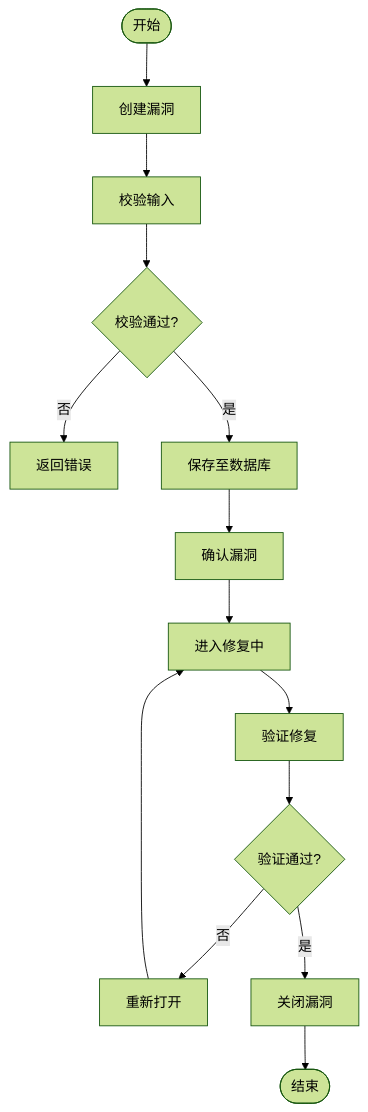
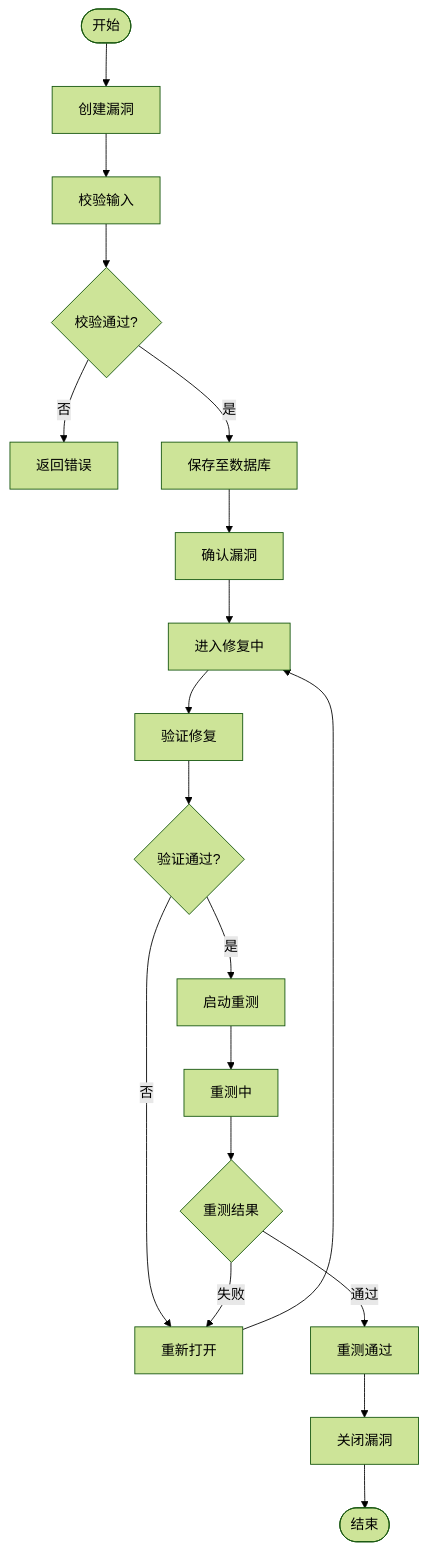
The fourth of 10 diagrams in .qoder/repowiki/zh/content/业务服务层/漏洞管理服务.md (vu1Art1st/talos), drawn with Mermaid (forest theme) before and after one commit. The commit also changed other lines of this file and 129 other files, not shown here.

````diff
--- a/.qoder/repowiki/zh/content/业务服务层/漏洞管理服务.md
+++ b/.qoder/repowiki/zh/content/业务服务层/漏洞管理服务.md
@@ -254,16 +275,21 @@
 ```mermaid
 flowchart TD
 Start(["开始"]) --> Create["创建漏洞"]
 Create --> Validate["校验输入"]
 Validate --> Valid{"校验通过?"}
 Valid --> |否| ReturnError["返回错误"]
 Valid --> |是| Save["保存至数据库"]
 Save --> Confirm["确认漏洞"]
 Confirm --> Fixing["进入修复中"]
 Fixing --> Verify["验证修复"]
 Verify --> Verified{"验证通过?"}
 Verified --> |否| Reopen["重新打开"]
-Verified --> |是| Close["关闭漏洞"]
+Verified --> |是| Retest["启动重测"]
+Retest --> Retesting["重测中"]
+Retesting --> RetestResult{"重测结果"}
+RetestResult --> |通过| RetestPass["重测通过"]
+RetestResult --> |失败| Reopen
+RetestPass --> Close["关闭漏洞"]
 Close --> End(["结束"])
 Reopen --> Fixing
 ```
````
